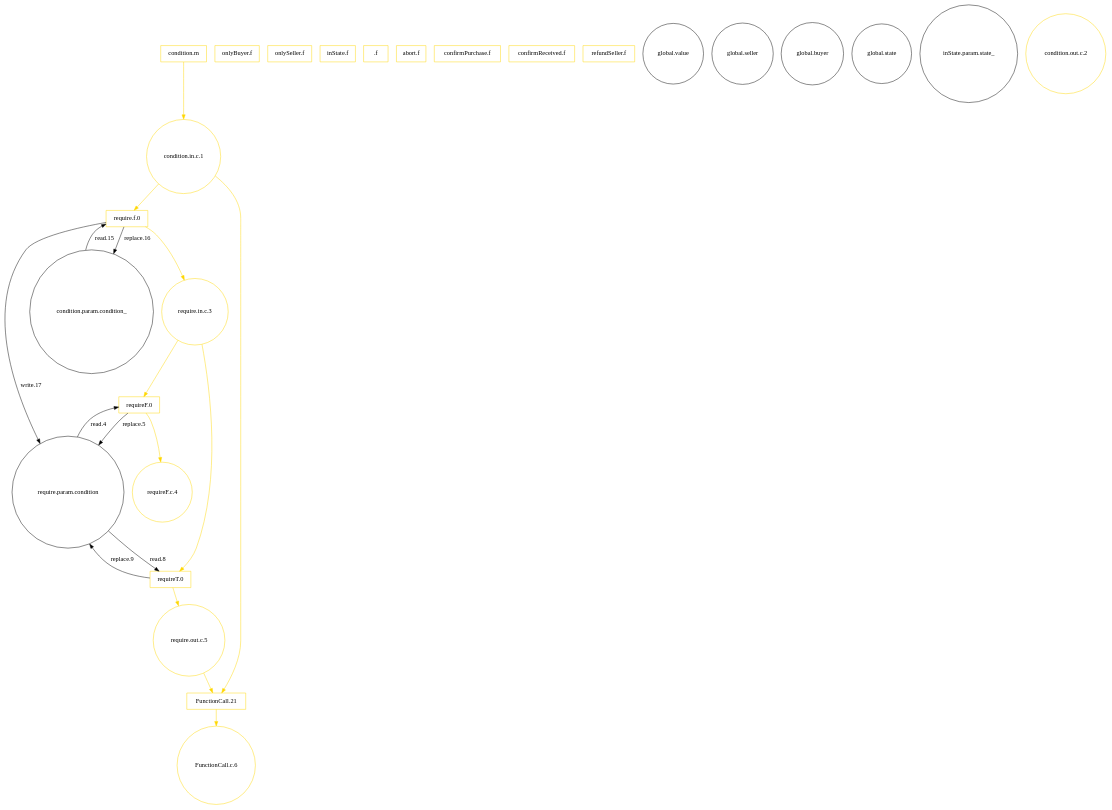
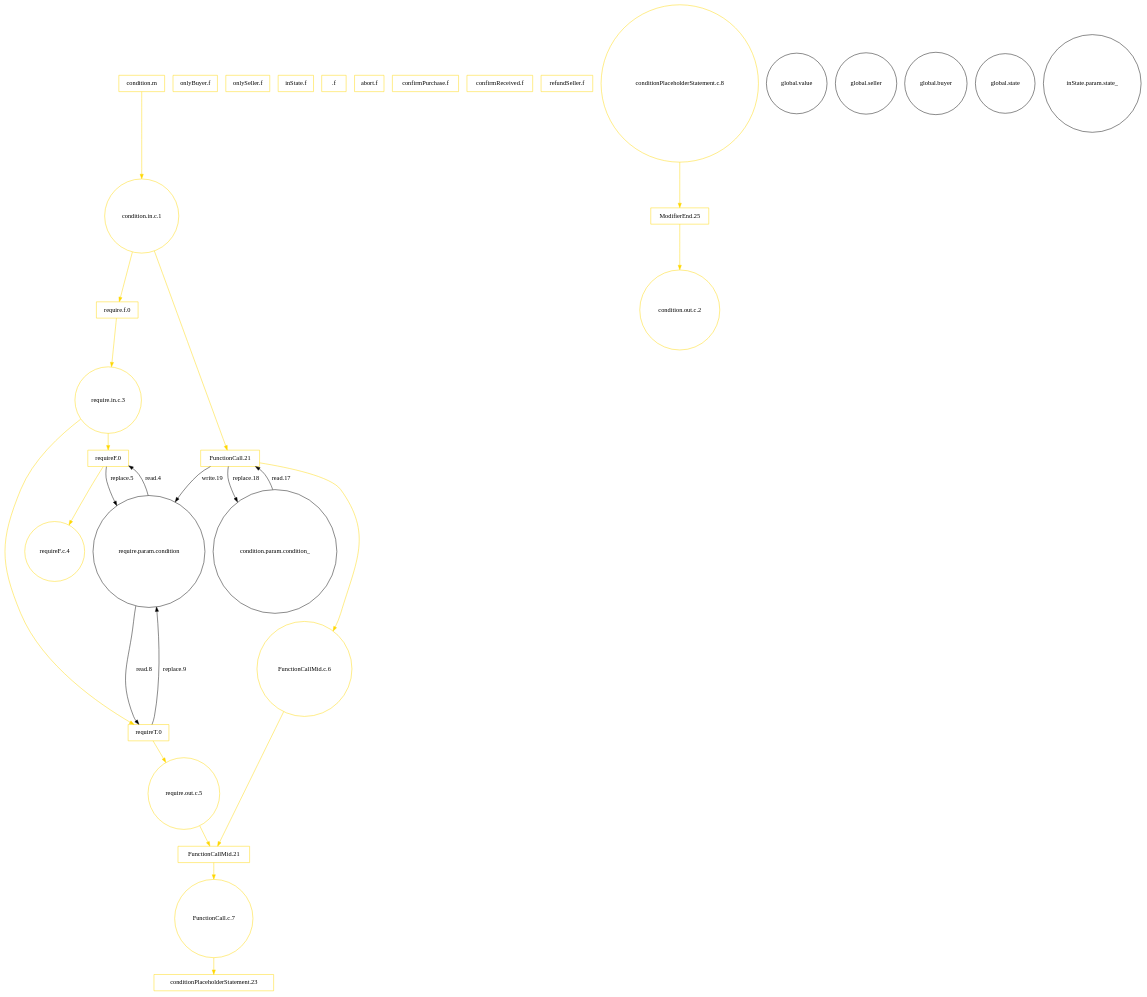
The diagram in bin/CPN.dot (Yowen397/modeler), drawn with Graphviz before and after one commit. The commit also changed 4 other files, not shown here.

```diff
--- a/bin/CPN.dot
+++ b/bin/CPN.dot
@@ -1,47 +1,57 @@
 digraph G{
 node[shape=box]
 "condition.m"[label="condition.m",color=gold]
 "onlyBuyer.f"[label="onlyBuyer.f",color=gold]
 "onlySeller.f"[label="onlySeller.f",color=gold]
 "inState.f"[label="inState.f",color=gold]
 ".f"[label=".f",color=gold]
 "abort.f"[label="abort.f",color=gold]
 "confirmPurchase.f"[label="confirmPurchase.f",color=gold]
 "confirmReceived.f"[label="confirmReceived.f",color=gold]
 "refundSeller.f"[label="refundSeller.f",color=gold]
 "require.f.0"[label="require.f.0",color=gold]
 "requireF.0"[label="requireF.0",color=gold]
 "requireT.0"[label="requireT.0",color=gold]
 "FunctionCall.21"[label="FunctionCall.21",color=gold]
+"FunctionCallMid.21"[label="FunctionCallMid.21",color=gold]
+"conditionPlaceholderStatement.23"[label="conditionPlaceholderStatement.23",color=gold]
+"ModifierEnd.25"[label="ModifierEnd.25",color=gold]
 node[shape=circle]
 "global.value"[label="global.value"]
 "global.seller"[label="global.seller"]
 "global.buyer"[label="global.buyer"]
 "global.state"[label="global.state"]
 "condition.param.condition_"[label="condition.param.condition_"]
 "inState.param.state_"[label="inState.param.state_"]
 "condition.in.c.1"[label="condition.in.c.1",color=gold]
 "condition.out.c.2"[label="condition.out.c.2",color=gold]
 "require.in.c.3"[label="require.in.c.3",color=gold]
 "require.param.condition"[label="require.param.condition"]
 "requireF.c.4"[label="requireF.c.4",color=gold]
 "require.out.c.5"[label="require.out.c.5",color=gold]
-"FunctionCall.c.6"[label="FunctionCall.c.6",color=gold]
+"FunctionCallMid.c.6"[label="FunctionCallMid.c.6",color=gold]
+"FunctionCall.c.7"[label="FunctionCall.c.7",color=gold]
+"conditionPlaceholderStatement.c.8"[label="conditionPlaceholderStatement.c.8",color=gold]
 "condition.m"->"condition.in.c.1"[color=gold]
 "require.f.0"->"require.in.c.3"[color=gold]
 "require.in.c.3"->"requireF.0"[color=gold]
 "require.param.condition"->"requireF.0"[label="read.4"]
 "requireF.0"->"require.param.condition"[label="replace.5"]
 "requireF.0"->"requireF.c.4"[color=gold]
 "require.in.c.3"->"requireT.0"[color=gold]
 "require.param.condition"->"requireT.0"[label="read.8"]
 "requireT.0"->"require.param.condition"[label="replace.9"]
 "requireT.0"->"require.out.c.5"[color=gold]
+"condition.in.c.1"->"FunctionCall.21"[color=gold]
 "condition.in.c.1"->"require.f.0"[color=gold]
-"condition.in.c.1"->"FunctionCall.21"[color=gold]
-"require.out.c.5"->"FunctionCall.21"[color=gold]
-"FunctionCall.21"->"FunctionCall.c.6"[color=gold]
-"condition.param.condition_"->"require.f.0"[label="read.15"]
-"require.f.0"->"condition.param.condition_"[label="replace.16"]
-"require.f.0"->"require.param.condition"[label="write.17"]
+"FunctionCall.21"->"FunctionCallMid.c.6"[color=gold]
+"require.out.c.5"->"FunctionCallMid.21"[color=gold]
+"FunctionCallMid.c.6"->"FunctionCallMid.21"[color=gold]
+"FunctionCallMid.21"->"FunctionCall.c.7"[color=gold]
+"condition.param.condition_"->"FunctionCall.21"[label="read.17"]
+"FunctionCall.21"->"condition.param.condition_"[label="replace.18"]
+"FunctionCall.21"->"require.param.condition"[label="write.19"]
+"FunctionCall.c.7"->"conditionPlaceholderStatement.23"[color=gold]
+"conditionPlaceholderStatement.c.8"->"ModifierEnd.25"[color=gold]
+"ModifierEnd.25"->"condition.out.c.2"[color=gold]
 }
```
